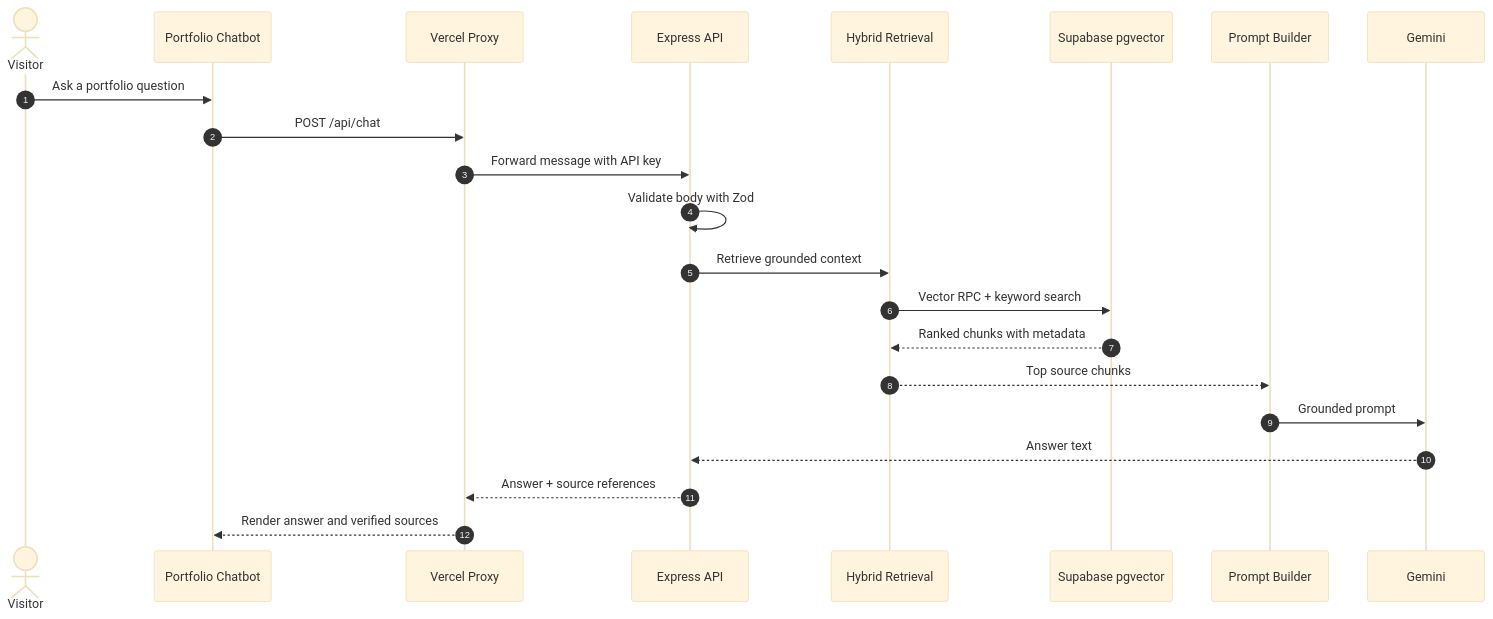
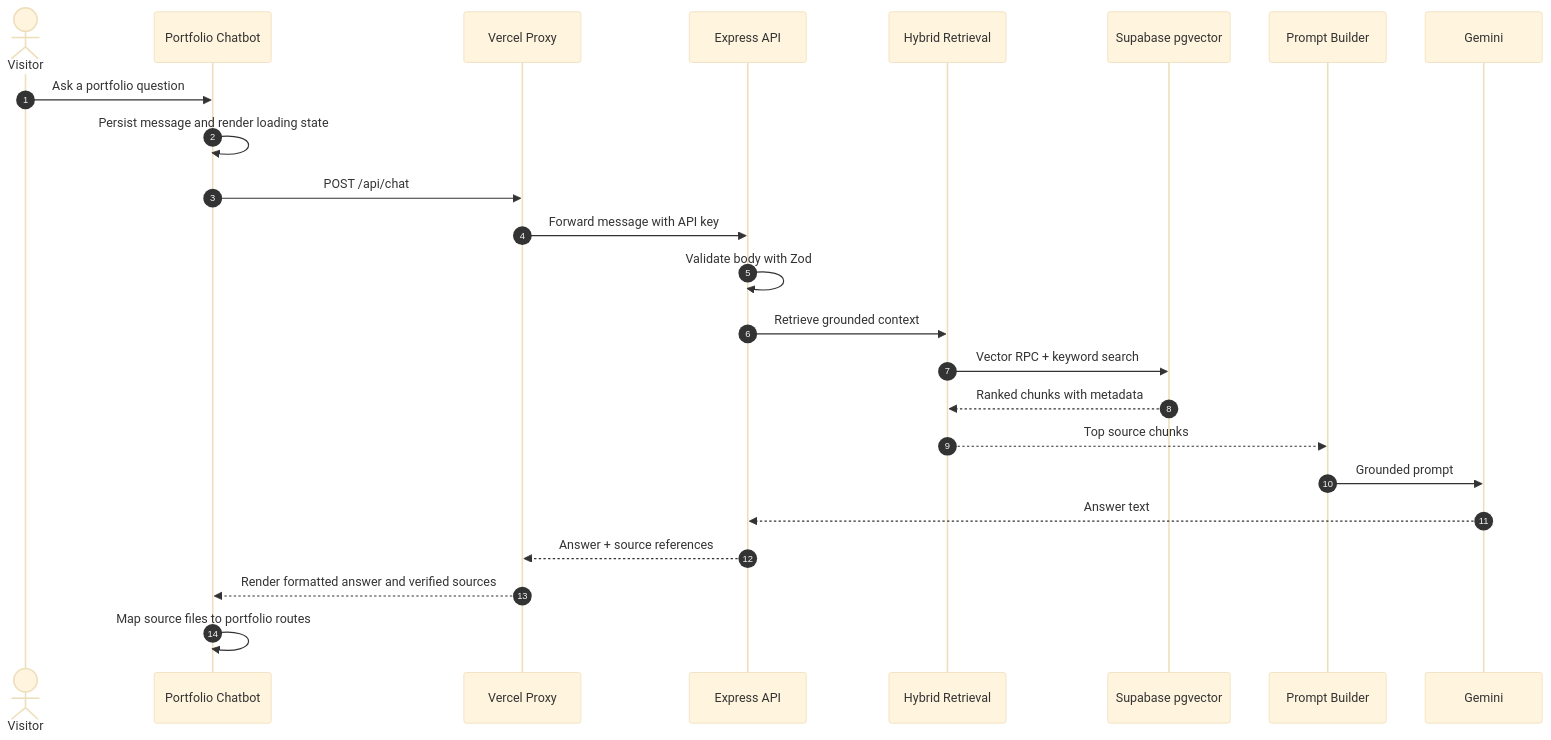
Before and after one commit to MrMandalNSU/sudipta.me: the fourth of 7 diagrams in docs/overviews/projects/asksudipta.md, drawn with Mermaid (base theme). The commit also changed other lines of this file and 5 other files, not shown here.

````diff
--- a/docs/overviews/projects/asksudipta.md
+++ b/docs/overviews/projects/asksudipta.md
@@ -72,25 +103,27 @@
 ```mermaid
 sequenceDiagram
     autonumber
     actor Visitor
     participant UI as Portfolio Chatbot
     participant Proxy as Vercel Proxy
     participant API as Express API
     participant Retrieval as Hybrid Retrieval
     participant DB as Supabase pgvector
     participant Prompt as Prompt Builder
     participant LLM as Gemini
 
     Visitor->>UI: Ask a portfolio question
+    UI->>UI: Persist message and render loading state
     UI->>Proxy: POST /api/chat
     Proxy->>API: Forward message with API key
     API->>API: Validate body with Zod
     API->>Retrieval: Retrieve grounded context
     Retrieval->>DB: Vector RPC + keyword search
     DB-->>Retrieval: Ranked chunks with metadata
     Retrieval-->>Prompt: Top source chunks
     Prompt->>LLM: Grounded prompt
     LLM-->>API: Answer text
     API-->>Proxy: Answer + source references
-    Proxy-->>UI: Render answer and verified sources
+    Proxy-->>UI: Render formatted answer and verified sources
+    UI->>UI: Map source files to portfolio routes
 ```
````
